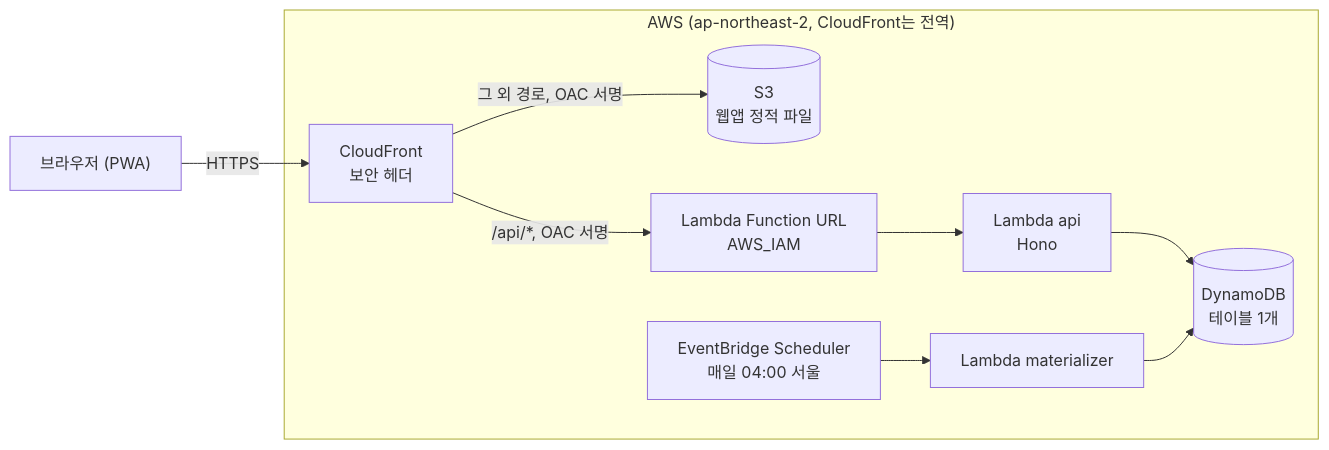
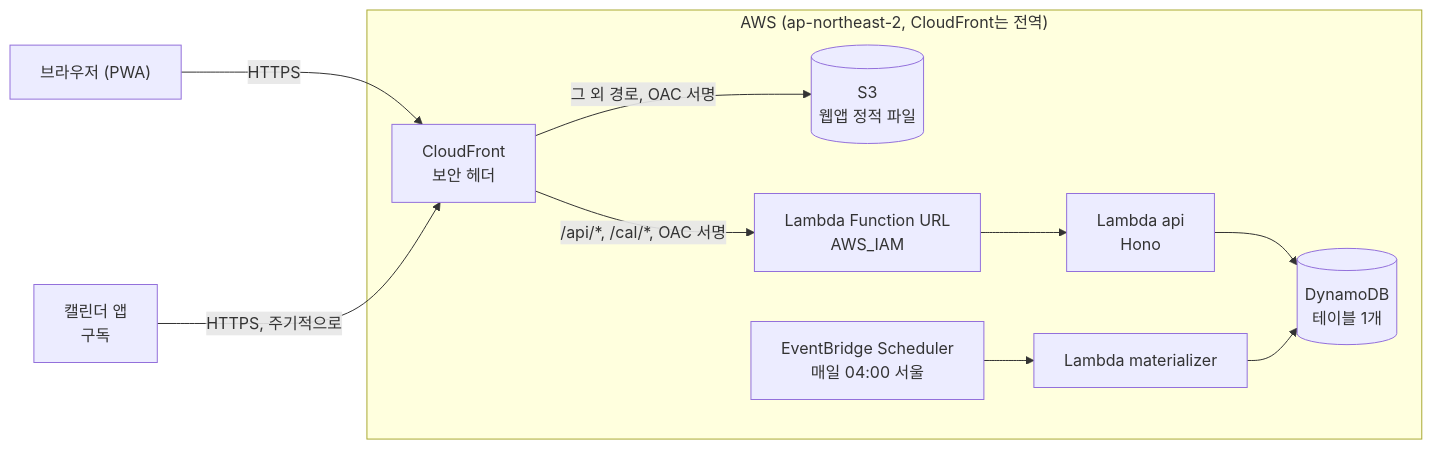
One commit to dlafhr789/albapay changed the diagram in docs/architecture.md. Above: the diagram before and after it, drawn with Mermaid. The commit also changed other lines of this file and 18 other files, not shown here.

````diff
--- a/docs/architecture.md
+++ b/docs/architecture.md
@@ -5,22 +5,24 @@
 ```mermaid
 flowchart LR
   browser["브라우저 (PWA)"]
+  calapp["캘린더 앱<br/>구독"]
 
   subgraph aws["AWS (ap-northeast-2, CloudFront는 전역)"]
     cf["CloudFront<br/>보안 헤더"]
     s3[("S3<br/>웹앱 정적 파일")]
     url["Lambda Function URL<br/>AWS_IAM"]
     api["Lambda api<br/>Hono"]
     ddb[("DynamoDB<br/>테이블 1개")]
     sched["EventBridge Scheduler<br/>매일 04:00 서울"]
     mat["Lambda materializer"]
   end
 
   browser -- "HTTPS" --> cf
+  calapp -- "HTTPS, 주기적으로" --> cf
   cf -- "그 외 경로, OAC 서명" --> s3
-  cf -- "/api/*, OAC 서명" --> url
+  cf -- "/api/*, /cal/*, OAC 서명" --> url
   url --> api
   api --> ddb
   sched --> mat
   mat --> ddb
 ```
````
